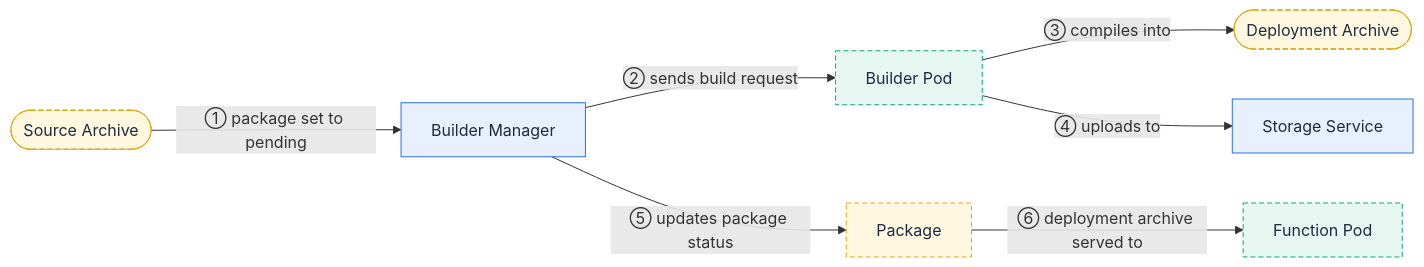
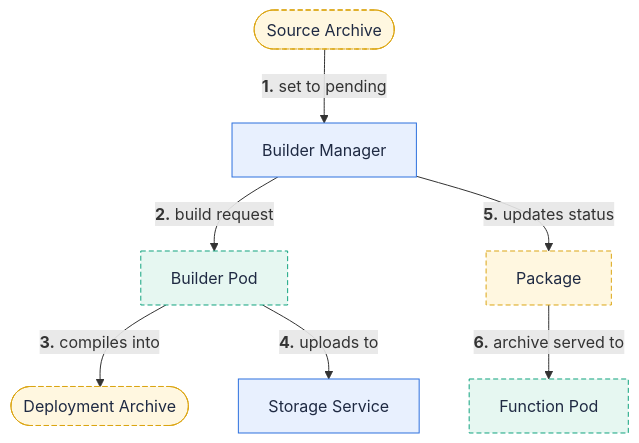
Before and after one commit to fission/fission.io: the diagram in content/en/docs/concepts/packages-and-builds.md, drawn with Mermaid. The commit also changed 23 other files, not shown here.

First line of the commit message:
Make diagrams readable inline: compact TB layouts, bold crimson step numbers

````diff
--- a/content/en/docs/concepts/packages-and-builds.md
+++ b/content/en/docs/concepts/packages-and-builds.md
@@ -57,13 +57,13 @@
 ```mermaid
-flowchart LR
-  src(["Source Archive"]):::store -->|"① package set to pending"| bm["Builder Manager"]:::fission
-  bm -->|"② sends build request"| builder["Builder Pod"]:::pod
-  builder -->|"③ compiles into"| deploy(["Deployment Archive"]):::store
-  builder -->|"④ uploads to"| storage["Storage Service"]:::fission
-  bm -->|"⑤ updates package status"| pkg["Package"]:::store
-  pkg -->|"⑥ deployment archive served to"| fnPod["Function Pod"]:::pod
+flowchart TB
+  src(["Source Archive"]):::store -->|"<b>1.</b> set to pending"| bm["Builder Manager"]:::fission
+  bm -->|"<b>2.</b> build request"| builder["Builder Pod"]:::pod
+  builder -->|"<b>3.</b> compiles into"| deploy(["Deployment Archive"]):::store
+  builder -->|"<b>4.</b> uploads to"| storage["Storage Service"]:::fission
+  bm -->|"<b>5.</b> updates status"| pkg["Package"]:::store
+  pkg -->|"<b>6.</b> archive served to"| fnPod["Function Pod"]:::pod
 
   classDef fission fill:#e8f0fe,stroke:#2d70de,color:#1f2a43
   classDef pod fill:#e6f7f1,stroke:#11a37f,color:#1f2a43,stroke-dasharray:5 3
   classDef store fill:#fff7e0,stroke:#dba514,color:#1f2a43,stroke-dasharray:5 3
 ```
````
